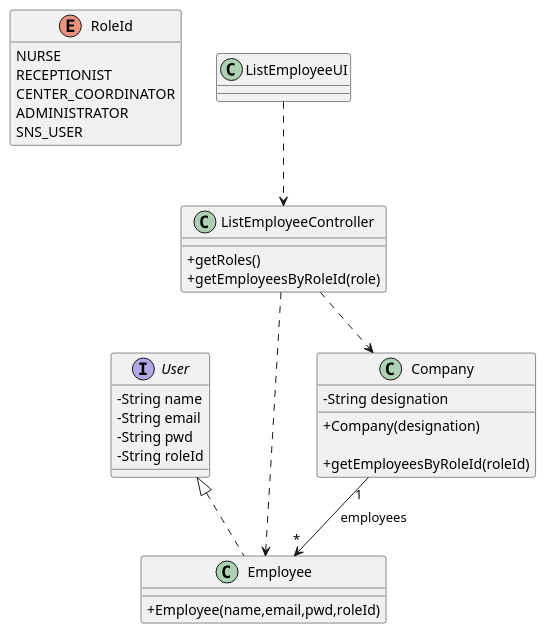
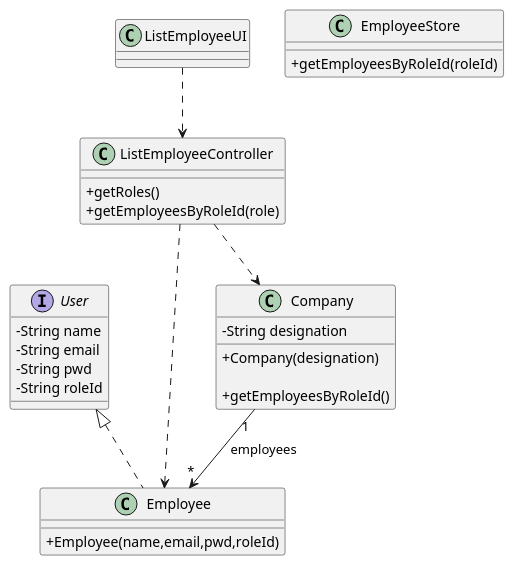
The diagram in docs/SprintB/US11/CD/US11_CD.puml (miseEnPlace-i/lapr2), drawn with PlantUML before and after one commit.

Commit message:
docs(CD): added employee store

```diff
--- a/docs/SprintB/US11/CD/US11_CD.puml
+++ b/docs/SprintB/US11/CD/US11_CD.puml
@@ -1,47 +1,41 @@
 @startuml
 skinparam classAttributeIconSize 0
-
-hide RoleId methods
 
 interface User {
   - String name
   - String email
   - String pwd
   - String roleId
 }
 
 class Employee {
   +Employee(name,email,pwd,roleId)
 }
 
 class Company {
   -String designation
   +Company(designation)
 
+  +getEmployeesByRoleId()
+}
+
+class EmployeeStore {
   +getEmployeesByRoleId(roleId)
 }
 
 class ListEmployeeController {
   +getRoles()
   +getEmployeesByRoleId(role)
 }
 
 class ListEmployeeUI {}
 
-enum RoleId {
-  NURSE
-  RECEPTIONIST
-  CENTER_COORDINATOR
-  ADMINISTRATOR
-  SNS_USER
-}
-
 ListEmployeeUI ..> ListEmployeeController
 ListEmployeeController ..> Employee
 ListEmployeeController ..> Company
 
 Company "1" --> "*" Employee : employees
 
 User <|.. Employee 
 
 @enduml
```
